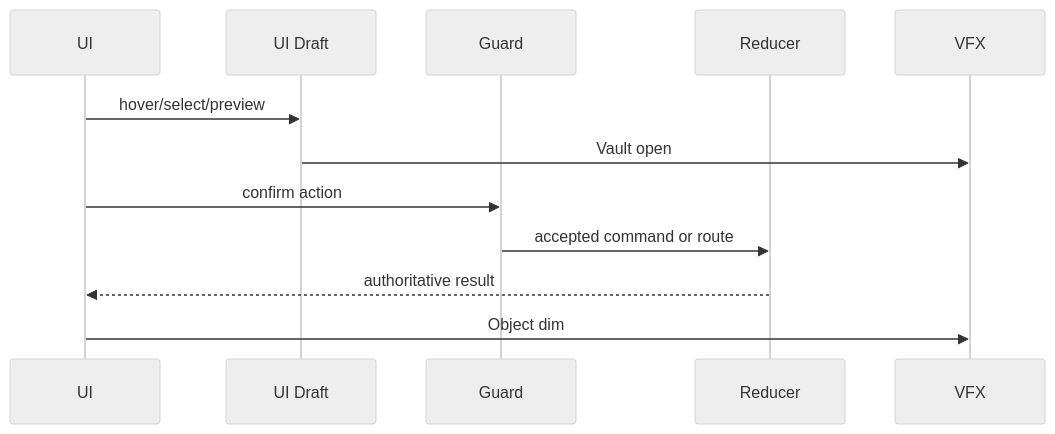
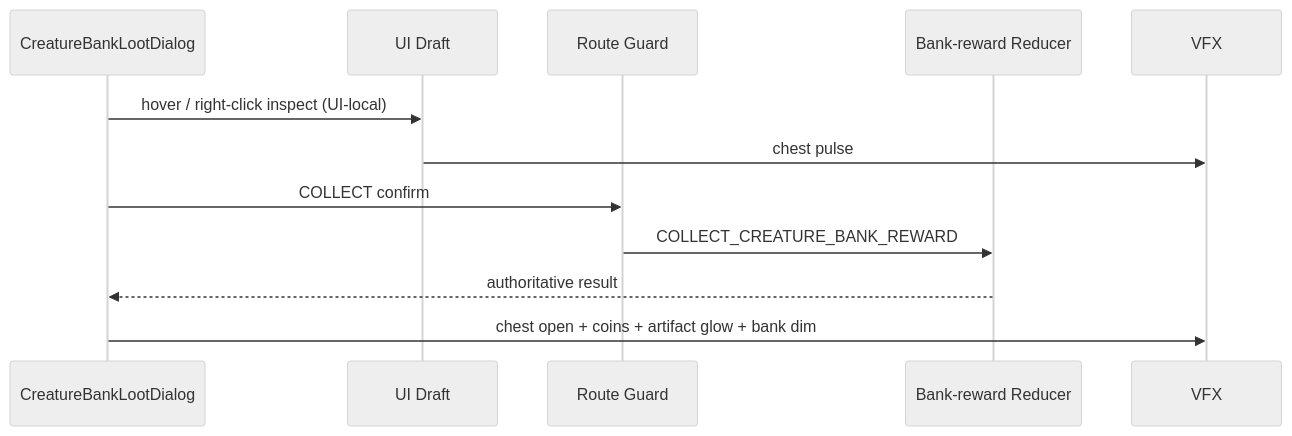
The fourth of 5 diagrams in docs/architecture/wiki/screens/12-creature-bank-loot/architecture.md (SunaNoOshiro/Heroes_Reforged_AI_Realms), drawn with Mermaid (neutral theme) before and after one commit. The commit also changed other lines of this file and 518 other files, not shown here.

First line of the commit message:
Add doc-audit skill and sweep architecture/screen docs

````diff
--- a/docs/architecture/wiki/screens/12-creature-bank-loot/architecture.md
+++ b/docs/architecture/wiki/screens/12-creature-bank-loot/architecture.md
@@ -50,14 +49,14 @@
 ```mermaid
 sequenceDiagram
-  participant UI
+  participant UI as CreatureBankLootDialog
   participant Draft as UI Draft
-  participant Guard
-  participant Reducer
+  participant Guard as Route Guard
+  participant Reducer as Bank-reward Reducer
   participant VFX
-  UI->>Draft: hover/select/preview
-  Draft->>VFX: Vault open
-  UI->>Guard: confirm action
-  Guard->>Reducer: accepted command or route
+  UI->>Draft: hover / right-click inspect (UI-local)
+  Draft->>VFX: chest pulse
+  UI->>Guard: COLLECT confirm
+  Guard->>Reducer: COLLECT_CREATURE_BANK_REWARD
   Reducer-->>UI: authoritative result
-  UI->>VFX: Object dim
+  UI->>VFX: chest open + coins + artifact glow + bank dim
 ```
````
